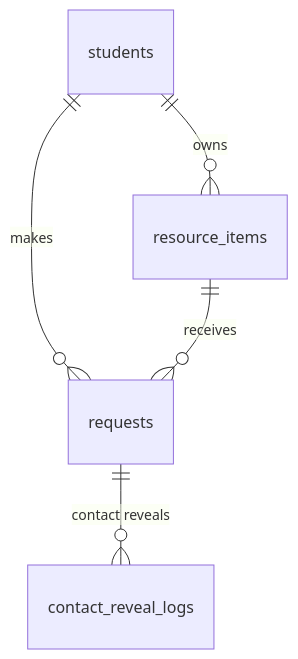
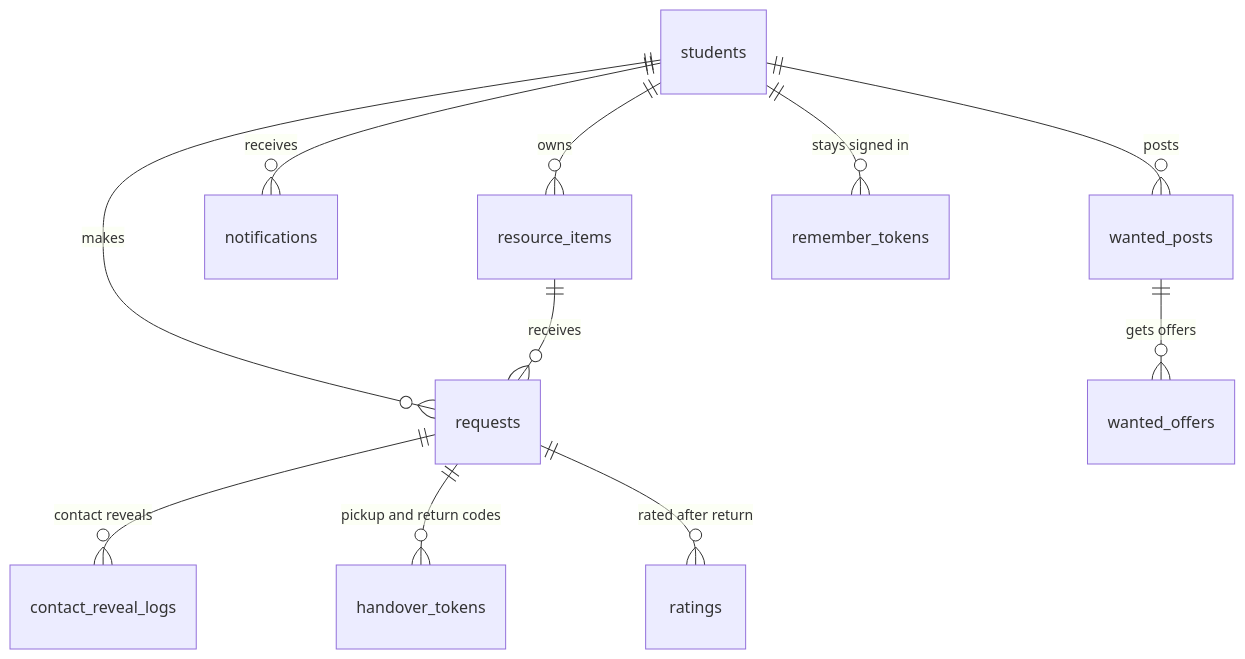
The third of 3 diagrams in README.md (RudraS-Chauhan/ShareShelf), drawn with Mermaid before and after one commit. The commit also changed other lines of this file and 37 other files, not shown here.

````diff
--- a/README.md
+++ b/README.md
@@ -93,7 +111,13 @@
 ```mermaid
 erDiagram
     students ||--o{ resource_items : owns
     students ||--o{ requests : makes
     resource_items ||--o{ requests : receives
     requests ||--o{ contact_reveal_logs : "contact reveals"
+    requests ||--o{ handover_tokens : "pickup and return codes"
+    requests ||--o{ ratings : "rated after return"
+    students ||--o{ notifications : receives
+    students ||--o{ wanted_posts : posts
+    wanted_posts ||--o{ wanted_offers : "gets offers"
+    students ||--o{ remember_tokens : "stays signed in"
 ```
````
